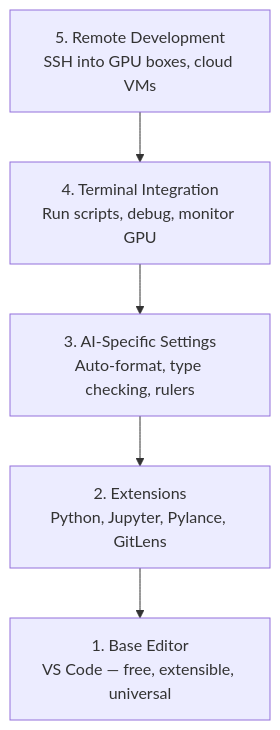
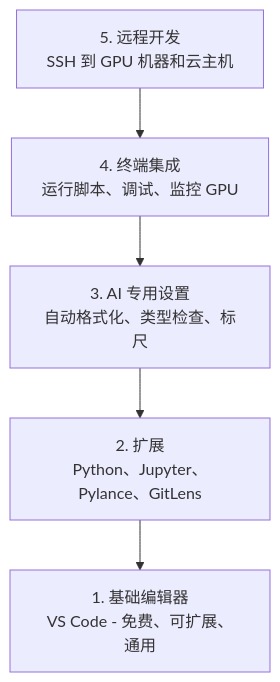
Before and after one commit to omigaZen/ai-engineering-from-scratch: the diagram in phases/00-setup-and-tooling/08-editor-setup/docs/zh.md, drawn with Mermaid. The commit also changed other lines of this file, not shown here.

Commit message:
feat(phase-00/08): polish editor setup text

````diff
--- a/phases/00-setup-and-tooling/08-editor-setup/docs/zh.md
+++ b/phases/00-setup-and-tooling/08-editor-setup/docs/zh.md
@@ -27,8 +27,8 @@
 ```mermaid
 graph TD
-    L5["5. Remote Development<br/>SSH into GPU boxes, cloud VMs"] --> L4
-    L4["4. Terminal Integration<br/>Run scripts, debug, monitor GPU"] --> L3
-    L3["3. AI-Specific Settings<br/>Auto-format, type checking, rulers"] --> L2
-    L2["2. Extensions<br/>Python, Jupyter, Pylance, GitLens"] --> L1
-    L1["1. Base Editor<br/>VS Code — free, extensible, universal"]
+    L5["5. 远程开发<br/>SSH 到 GPU 机器和云主机"] --> L4
+    L4["4. 终端集成<br/>运行脚本、调试、监控 GPU"] --> L3
+    L3["3. AI 专用设置<br/>自动格式化、类型检查、标尺"] --> L2
+    L2["2. 扩展<br/>Python、Jupyter、Pylance、GitLens"] --> L1
+    L1["1. 基础编辑器<br/>VS Code - 免费、可扩展、通用"]
 ```
````
